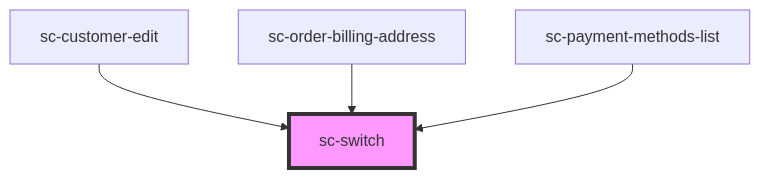
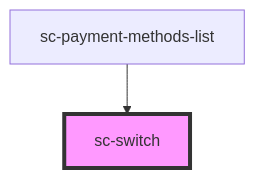
Before and after one commit to surecart/surecart-wp-plugin: the diagram in packages/components/src/components/ui/switch/readme.md, drawn with Mermaid. The commit also changed other lines of this file and 5 other files, not shown here.

````diff
--- a/packages/components/src/components/ui/switch/readme.md
+++ b/packages/components/src/components/ui/switch/readme.md
@@ -71,7 +69,5 @@
 ```mermaid
 graph TD;
-  sc-customer-edit --> sc-switch
-  sc-order-billing-address --> sc-switch
   sc-payment-methods-list --> sc-switch
   style sc-switch fill:#f9f,stroke:#333,stroke-width:4px
 ```
````
